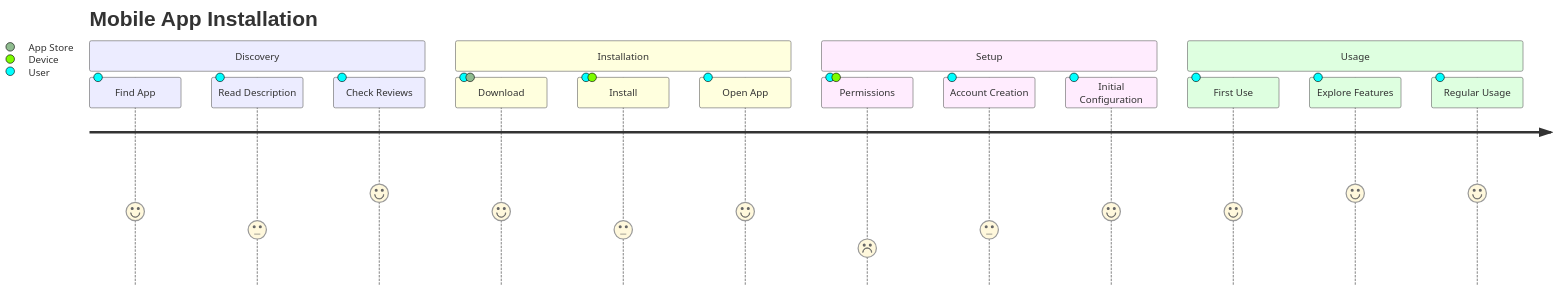
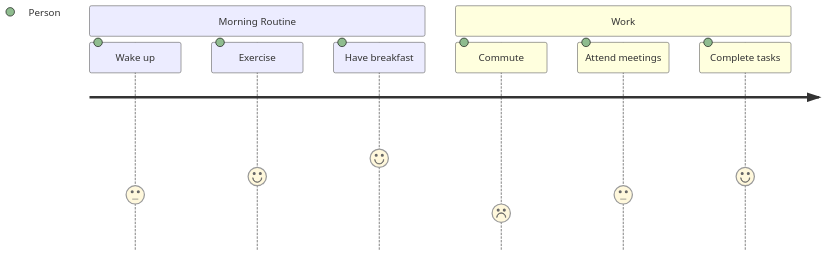
Before and after one commit to teachingai/full-stack-skills: the sixth of 7 diagrams in skills/mermaid/examples/journey.md, drawn with Mermaid. The commit also changed other lines of this file and 21 other files, not shown here.

First line of the commit message:
docs(mermaid): 更新架构、块、C4和类图示例文档

````diff
--- a/skills/mermaid/examples/journey.md
+++ b/skills/mermaid/examples/journey.md
@@ -119,20 +123,11 @@
 ```mermaid
 journey
-    title Mobile App Installation
-    section Discovery
-      Find App: 4: User
-      Read Description: 3: User
-      Check Reviews: 5: User
-    section Installation
-      Download: 4: User, App Store
-      Install: 3: User, Device
-      Open App: 4: User
-    section Setup
-      Permissions: 2: User, Device
-      Account Creation: 3: User
-      Initial Configuration: 4: User
-    section Usage
-      First Use: 4: User
-      Explore Features: 5: User
-      Regular Usage: 5: User
+    section Morning Routine
+      Wake up: 3: Person
+      Exercise: 4: Person
+      Have breakfast: 5: Person
+    section Work
+      Commute: 2: Person
+      Attend meetings: 3: Person
+      Complete tasks: 4: Person
 ```
````
